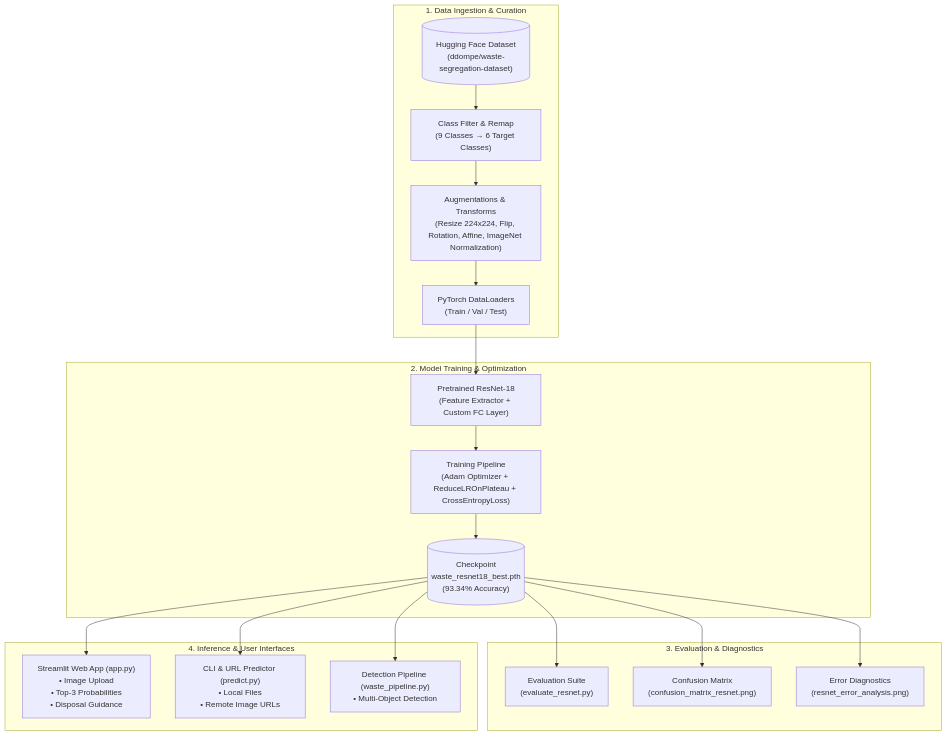
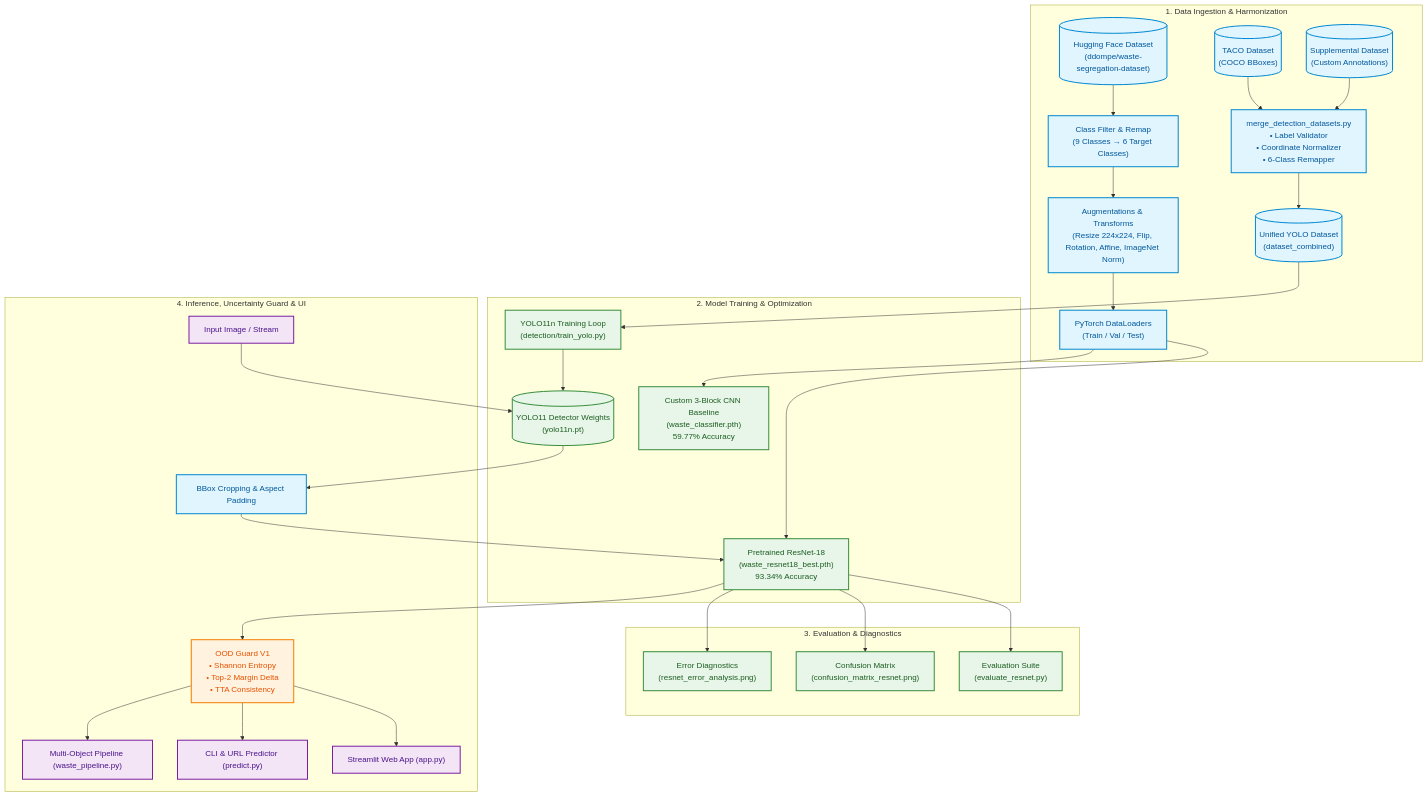
One commit to Snigdha-0210/Smart_Waste_Classifier changed the first of 2 diagrams in README.md. Above: the diagram before and after it, drawn with Mermaid. The commit also changed other lines of this file and 5 other files, not shown here.

Commit message:
feat(detection): add dataset merger, YOLOv11 training pipeline, stratified splitter, and comprehensive system architecture docs

````diff
--- a/README.md
+++ b/README.md
@@ -58,26 +69,41 @@
 ```mermaid
 flowchart TD
-    subgraph DataPipeline["1. Data Ingestion & Curation"]
-        HF[("Hugging Face Dataset\n(ddompe/waste-segregation-dataset)")] --> Filter["Class Filter & Remap\n(9 Classes → 6 Target Classes)"]
-        Filter --> Augment["Augmentations & Transforms\n(Resize 224x224, Flip, Rotation, Affine, ImageNet Normalization)"]
-        Augment --> Loaders["PyTorch DataLoaders\n(Train / Val / Test)"]
+    %% Global Styling
+    classDef data fill:#e1f5fe,stroke:#0288d1,stroke-width:2px,color:#01579b;
+    classDef model fill:#e8f5e9,stroke:#388e3c,stroke-width:2px,color:#1b5e20;
+    classDef guard fill:#fff3e0,stroke:#f57c00,stroke-width:2px,color:#e65100;
+    classDef ui fill:#f3e5f5,stroke:#7b1fa2,stroke-width:2px,color:#4a148c;
+
+    subgraph DataPipeline["1. Data Ingestion & Harmonization"]
+        HF[("Hugging Face Dataset\n(ddompe/waste-segregation-dataset)")]:::data --> Filter["Class Filter & Remap\n(9 Classes → 6 Target Classes)"]:::data
+        Filter --> Augment["Augmentations & Transforms\n(Resize 224x224, Flip, Rotation, Affine, ImageNet Norm)"]:::data
+        Augment --> Loaders["PyTorch DataLoaders\n(Train / Val / Test)"]:::data
+        
+        TACO[("TACO Dataset\n(COCO BBoxes)")]:::data --> Merger["merge_detection_datasets.py\n• Label Validator\n• Coordinate Normalizer\n• 6-Class Remapper"]:::data
+        SUPP[("Supplemental Dataset\n(Custom Annotations)")]:::data --> Merger
+        Merger --> YOLOData[("Unified YOLO Dataset\n(dataset_combined)")]:::data
     end
 
     subgraph Modeling["2. Model Training & Optimization"]
-        Loaders --> ResNet["Pretrained ResNet-18\n(Feature Extractor + Custom FC Layer)"]
-        ResNet --> TrainLoop["Training Pipeline\n(Adam Optimizer + ReduceLROnPlateau + CrossEntropyLoss)"]
-        TrainLoop --> BestWeights[("Checkpoint\nwaste_resnet18_best.pth\n(93.34% Accuracy)")]
+        Loaders --> ResNet["Pretrained ResNet-18\n(waste_resnet18_best.pth)\n93.34% Accuracy"]:::model
+        Loaders --> BaseCNN["Custom 3-Block CNN Baseline\n(waste_classifier.pth)\n59.77% Accuracy"]:::model
+        YOLOData --> YOLOTrain["YOLO11n Training Loop\n(detection/train_yolo.py)"]:::model
+        YOLOTrain --> YOLOBest[("YOLO11 Detector Weights\n(yolo11n.pt)")]:::model
     end
 
     subgraph Evaluation["3. Evaluation & Diagnostics"]
-        BestWeights --> EvalSuite["Evaluation Suite\n(evaluate_resnet.py)"]
-        BestWeights --> Confusion["Confusion Matrix\n(confusion_matrix_resnet.png)"]
-        BestWeights --> ErrorAnalysis["Error Diagnostics\n(resnet_error_analysis.png)"]
+        ResNet --> EvalSuite["Evaluation Suite\n(evaluate_resnet.py)"]:::model
+        ResNet --> Confusion["Confusion Matrix\n(confusion_matrix_resnet.png)"]:::model
+        ResNet --> ErrorAnalysis["Error Diagnostics\n(resnet_error_analysis.png)"]:::model
     end
 
-    subgraph Deployment["4. Inference & User Interfaces"]
-        BestWeights --> StreamlitApp["Streamlit Web App (app.py)\n• Image Upload\n• Top-3 Probabilities\n• Disposal Guidance"]
-        BestWeights --> CLIPredict["CLI & URL Predictor (predict.py)\n• Local Files\n• Remote Image URLs"]
-        BestWeights --> Pipeline["Detection Pipeline (waste_pipeline.py)\n• Multi-Object Detection"]
+    subgraph Deployment["4. Inference, Uncertainty Guard & UI"]
+        InputImg["Input Image / Stream"]:::ui --> YOLOBest
+        YOLOBest --> Crop["BBox Cropping & Aspect Padding"]:::data
+        Crop --> ResNet
+        ResNet --> OOD["OOD Guard V1\n• Shannon Entropy\n• Top-2 Margin Delta\n• TTA Consistency"]:::guard
+        OOD --> StreamlitApp["Streamlit Web App (app.py)"]:::ui
+        OOD --> CLIPredict["CLI & URL Predictor (predict.py)"]:::ui
+        OOD --> CascadePipe["Multi-Object Pipeline (waste_pipeline.py)"]:::ui
     end
 ```
````
